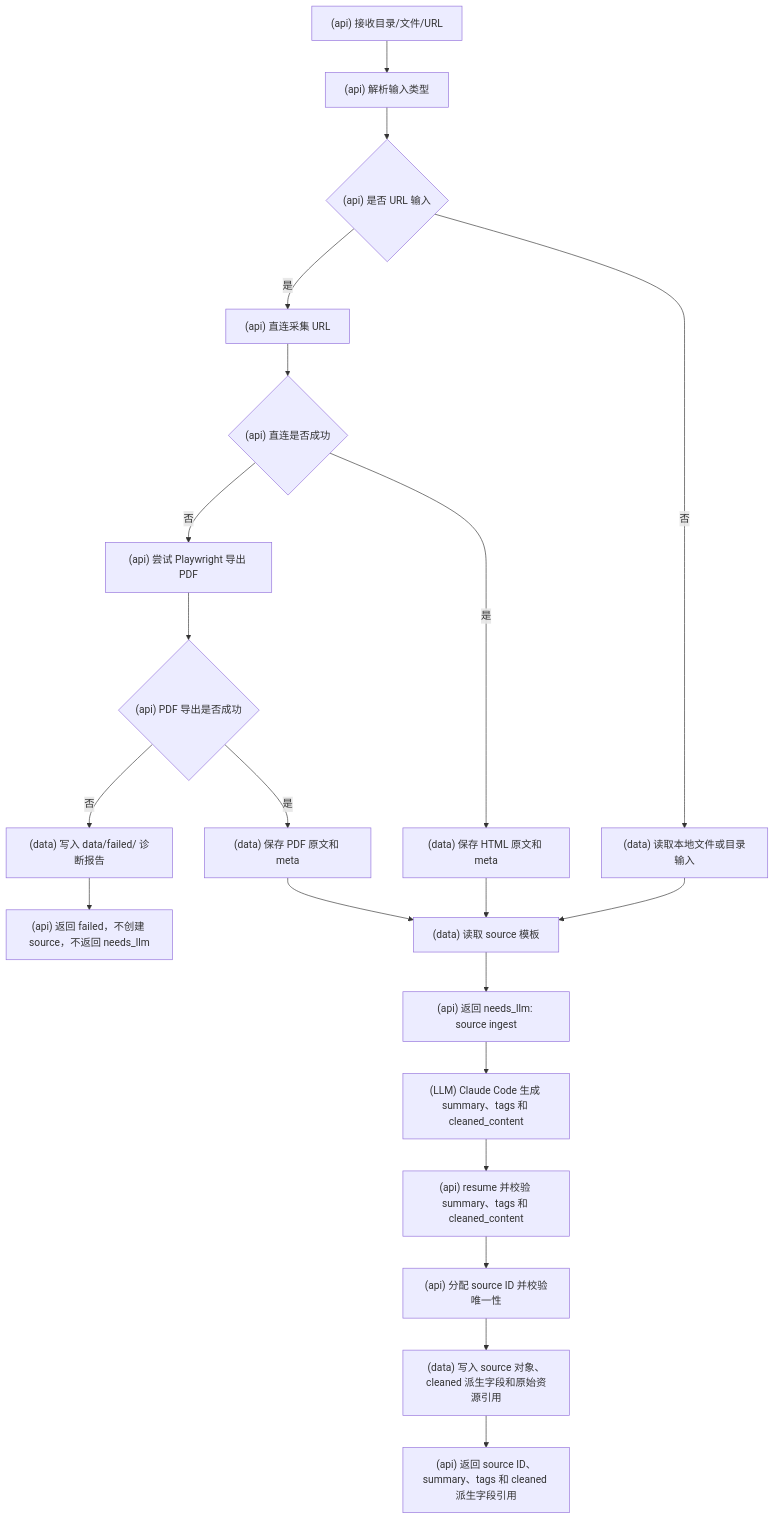
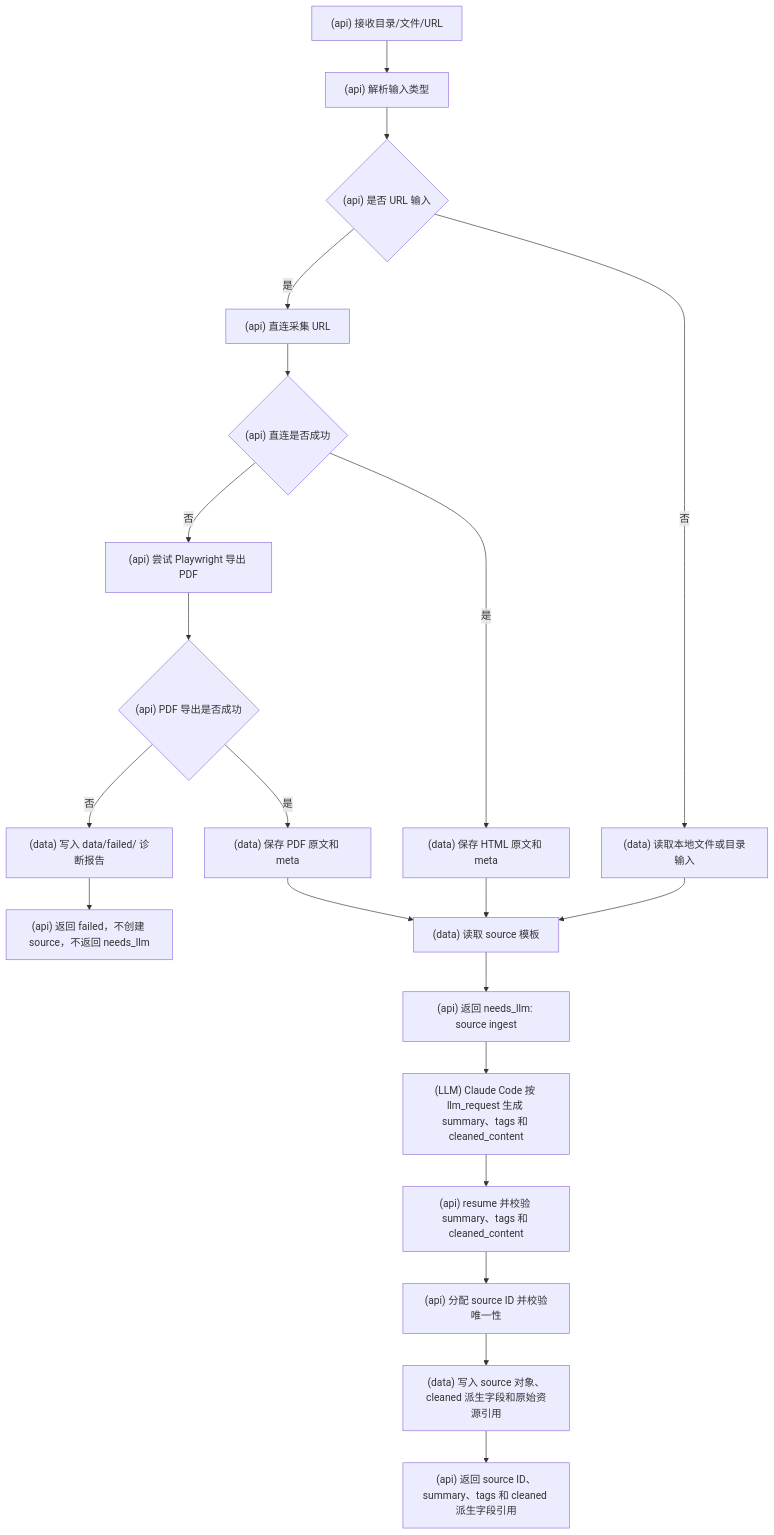
The second of 21 diagrams in docs/流程图.md (srangerme/KBManager), drawn with Mermaid before and after one commit. The commit also changed other lines of this file and 32 other files, not shown here.

````diff
--- a/docs/流程图.md
+++ b/docs/流程图.md
@@ -60,23 +60,23 @@
 ```mermaid
 flowchart TD
   A["(api) 接收目录/文件/URL"] --> B["(api) 解析输入类型"]
   B --> C{"(api) 是否 URL 输入"}
   C -- 否 --> D["(data) 读取本地文件或目录输入"]
   C -- 是 --> E["(api) 直连采集 URL"]
   E --> F{"(api) 直连是否成功"}
   F -- 否 --> G["(api) 尝试 Playwright 导出 PDF"]
   G --> H{"(api) PDF 导出是否成功"}
   H -- 否 --> I["(data) 写入 data/failed/ 诊断报告"]
   I --> J["(api) 返回 failed，不创建 source，不返回 needs_llm"]
   F -- 是 --> K["(data) 保存 HTML 原文和 meta"]
   H -- 是 --> L["(data) 保存 PDF 原文和 meta"]
   D --> M["(data) 读取 source 模板"]
   K --> M
   L --> M
   M --> N["(api) 返回 needs_llm: source ingest"]
-  N --> O["(LLM) Claude Code 生成 summary、tags 和 cleaned_content"]
+  N --> O["(LLM) Claude Code 按 llm_request 生成 summary、tags 和 cleaned_content"]
   O --> P["(api) resume 并校验 summary、tags 和 cleaned_content"]
   P --> Q["(api) 分配 source ID 并校验唯一性"]
   Q --> R["(data) 写入 source 对象、cleaned 派生字段和原始资源引用"]
   R --> S["(api) 返回 source ID、summary、tags 和 cleaned 派生字段引用"]
 ```
````
